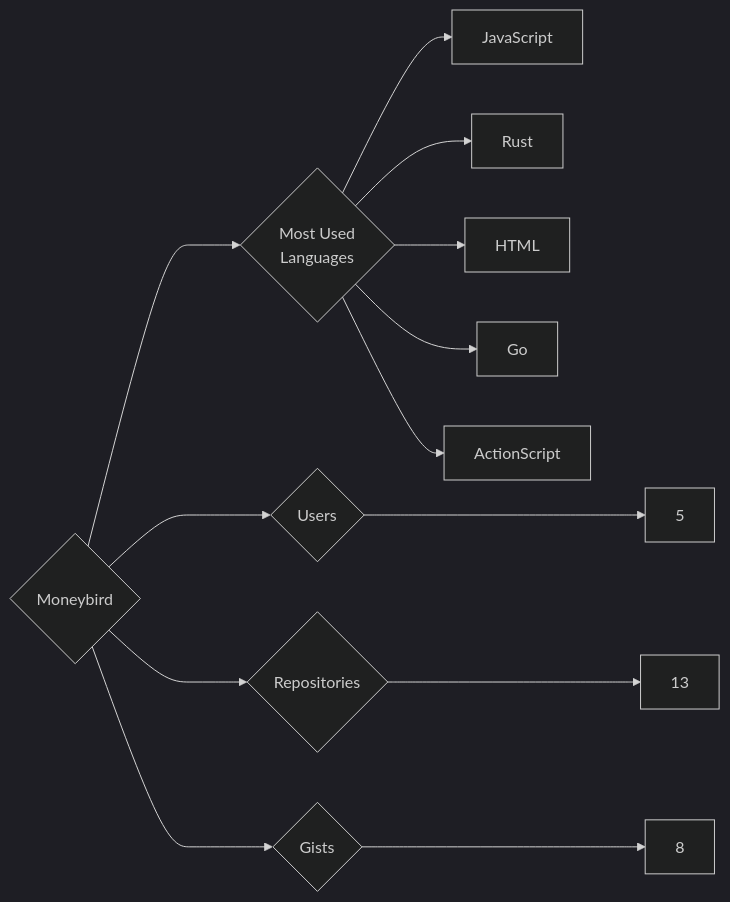
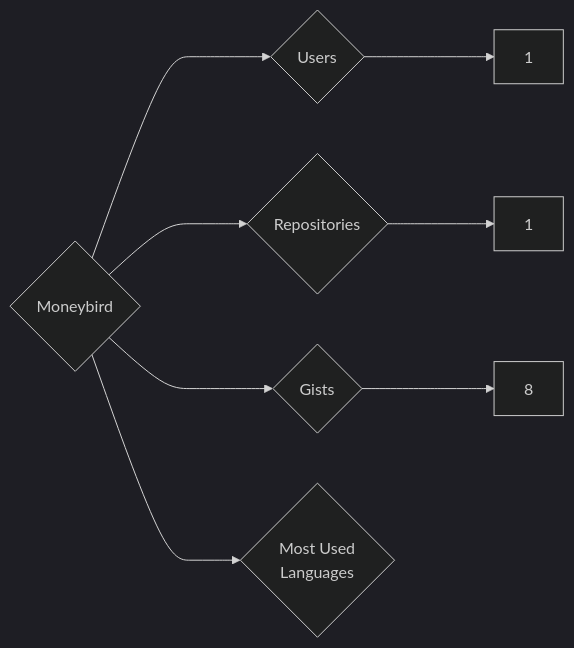
One commit to trickest/insiders changed the diagram in targets/Moneybird/README.md. Above: the diagram before and after it, drawn with Mermaid (dark theme). The commit also changed 1248 other files, not shown here.

````diff
--- a/targets/Moneybird/README.md
+++ b/targets/Moneybird/README.md
@@ -3,13 +3,8 @@
 ```mermaid
 graph LR
 COMPANY_NAME{Moneybird}
-COMPANY_NAME ---> U{Users} ---> UN[5]
-COMPANY_NAME ---> R{Repositories} ---> RN[13]
+COMPANY_NAME ---> U{Users} ---> UN[1]
+COMPANY_NAME ---> R{Repositories} ---> RN[1]
 COMPANY_NAME ---> G{Gists} ---> GN[8]
 COMPANY_NAME ---> ML{Most Used<br>Languages}
-ML --> JavaScript[JavaScript]
-ML --> Rust[Rust]
-ML --> HTML[HTML]
-ML --> Go[Go]
-ML --> ActionScript[ActionScript]
 ```
````
